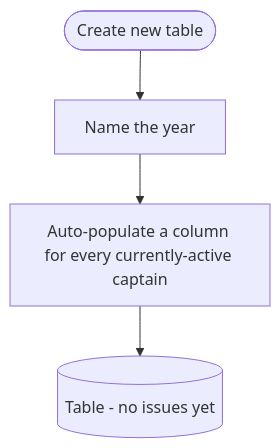
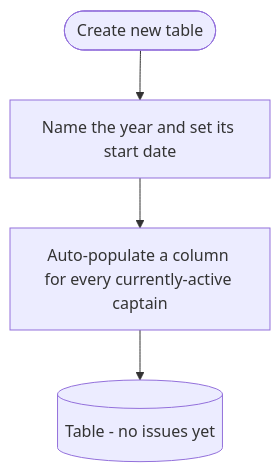
One commit to uwblueprint/beach-metro changed the fifth of 12 diagrams in docs/flows/finances_flow.md. Above: the diagram before and after it, drawn with Mermaid. The commit also changed other lines of this file and 3 other files, not shown here.

````diff
--- a/docs/flows/finances_flow.md
+++ b/docs/flows/finances_flow.md
@@ -94,6 +125,6 @@
 ```mermaid
 flowchart TD
-    Start([Create new table]) --> Name[Name the year]
+    Start([Create new table]) --> Name[Name the year and set its start date]
     Name --> Populate[Auto-populate a column for every currently-active captain]
     Populate --> Empty[(Table - no issues yet)]
 ```
````
